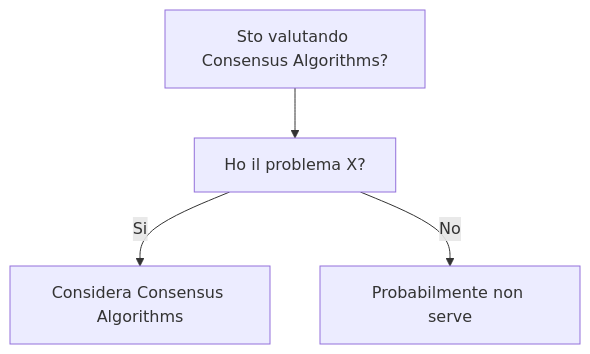
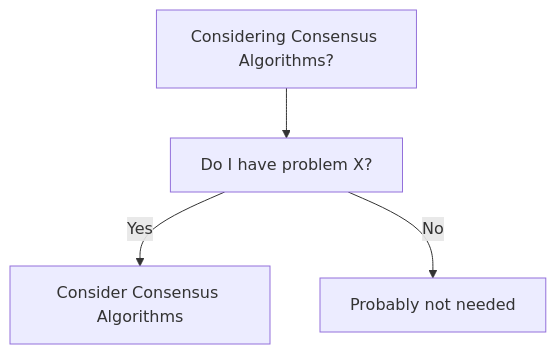
The diagram in dev-wiki/05_Distributed_Systems/Consensus_Algorithms/When_To_Use.md (HxT9/Software-Dev-Wiki), drawn with Mermaid before and after one commit. The commit also changed other lines of this file and 3444 other files, not shown here.

````diff
--- a/dev-wiki/05_Distributed_Systems/Consensus_Algorithms/When_To_Use.md
+++ b/dev-wiki/05_Distributed_Systems/Consensus_Algorithms/When_To_Use.md
@@ -19,6 +19,6 @@
 ```mermaid
 flowchart TD
-  Q[Sto valutando Consensus Algorithms?] --> Q1[Ho il problema X?]
-  Q1 -->|Si| OK[Considera Consensus Algorithms]
-  Q1 -->|No| NO[Probabilmente non serve]
+  Q[Considering Consensus Algorithms?] --> Q1[Do I have problem X?]
+  Q1 -->|Yes| OK[Consider Consensus Algorithms]
+  Q1 -->|No| NO[Probably not needed]
 ```
````
